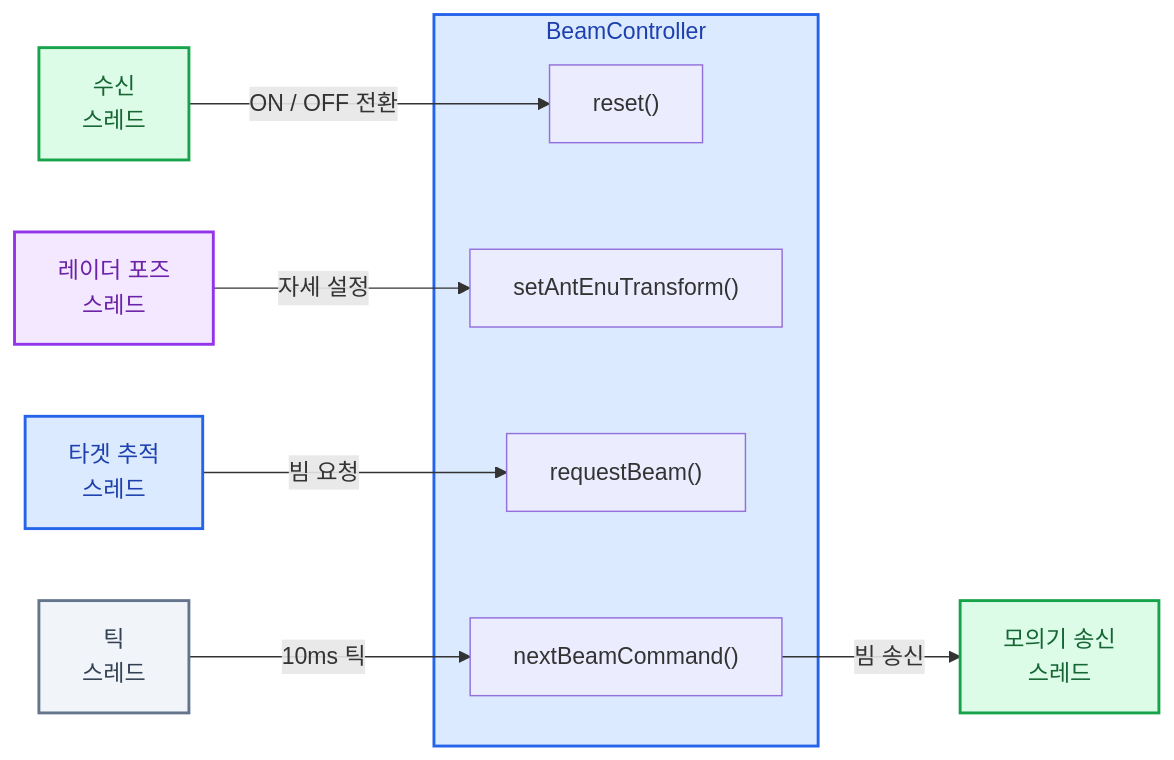
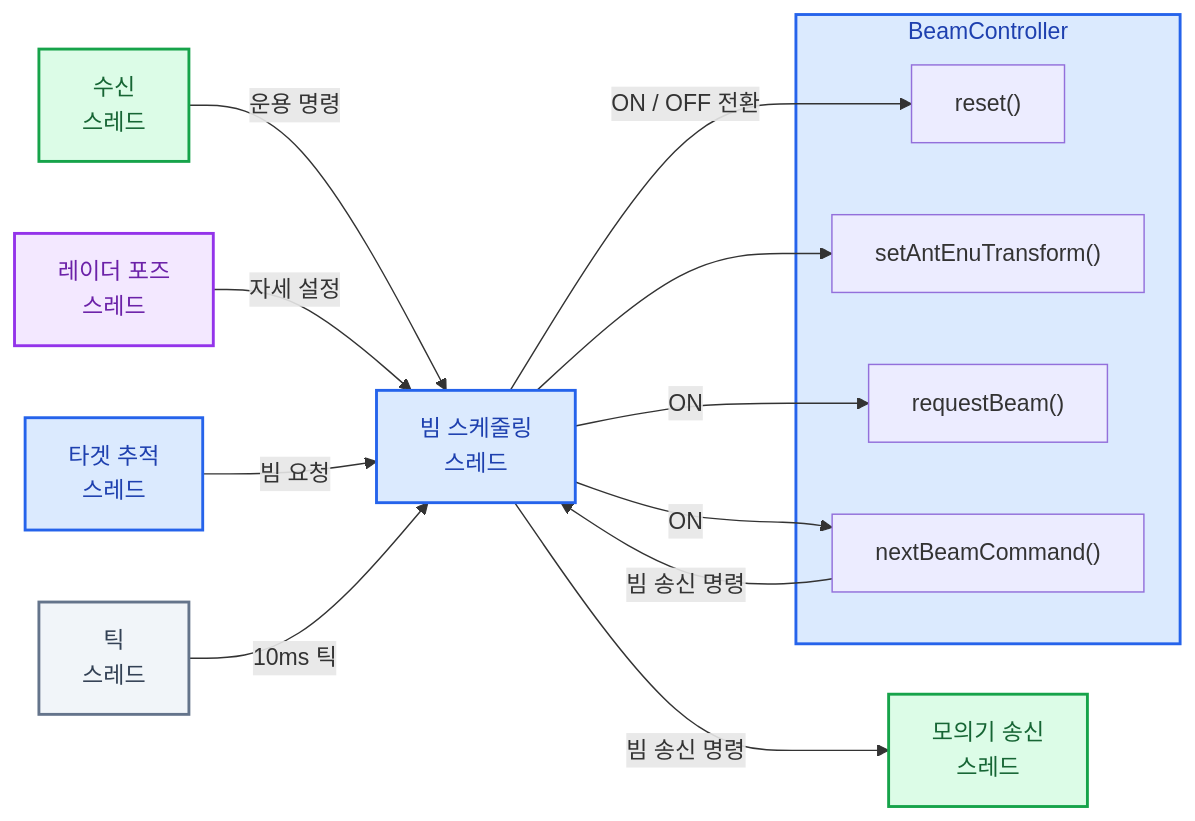
One commit to AESAlien/aesa-processor changed the first of 2 diagrams in src/beam/README.md. Above: the diagram before and after it, drawn with Mermaid. The commit also changed other lines of this file and 130 other files, not shown here.

````diff
--- a/src/beam/README.md
+++ b/src/beam/README.md
@@ -5,32 +39,38 @@
 ```mermaid
 flowchart LR
     CommReceiveWorker[수신<br/>스레드]
     PoseWorker[레이더 포즈<br/>스레드]
     TargetWorker[타겟 추적<br/>스레드]
     TickWorker[틱<br/>스레드]
+    BeamWorker[빔 스케줄링<br/>스레드]
     SimulatorSendWorker[모의기 송신<br/>스레드]
 
     subgraph BeamController
         reset["reset()"]
         setAntEnuTransform["setAntEnuTransform()"]
         requestBeam["requestBeam()"]
         nextBeamCommand["nextBeamCommand()"]
     end
 
-    CommReceiveWorker -->|ON / OFF 전환| reset
-    PoseWorker -->|자세 설정| setAntEnuTransform
-    TargetWorker -->|빔 요청| requestBeam
-    TickWorker -->|10ms 틱| nextBeamCommand
-    nextBeamCommand -->|빔 송신| SimulatorSendWorker
+    CommReceiveWorker -->|운용 명령| BeamWorker
+    PoseWorker -->|자세 설정| BeamWorker
+    TargetWorker -->|빔 요청| BeamWorker
+    TickWorker -->|10ms 틱| BeamWorker
+    BeamWorker -->|ON / OFF 전환| reset
+    BeamWorker --> setAntEnuTransform
+    BeamWorker -->|ON| requestBeam
+    BeamWorker -->|ON| nextBeamCommand
+    nextBeamCommand -->|빔 송신 명령| BeamWorker
+    BeamWorker -->|빔 송신 명령| SimulatorSendWorker
 
     classDef communication fill:#DCFCE7,stroke:#16A34A,color:#166534,stroke-width:2px
     classDef processing fill:#DBEAFE,stroke:#2563EB,color:#1E40AF,stroke-width:2px
     classDef utility fill:#F3E8FF,stroke:#9333EA,color:#6B21A8,stroke-width:2px
     classDef control fill:#F1F5F9,stroke:#64748B,color:#334155,stroke-width:2px
 
     class CommReceiveWorker,SimulatorSendWorker communication
-    class TargetWorker processing
+    class TargetWorker,BeamWorker processing
     class PoseWorker utility
     class TickWorker control
     style BeamController fill:#DBEAFE,stroke:#2563EB,color:#1E40AF,stroke-width:2px
 ```
````
